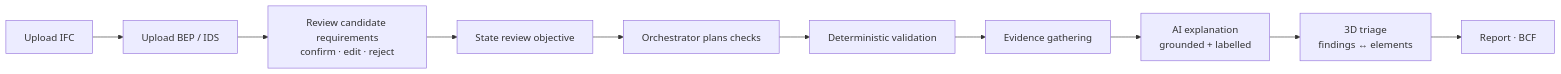
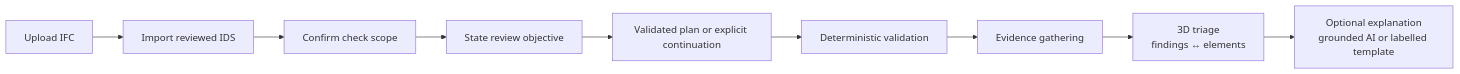
Before and after one commit to natnew/BIM-Intelligence: the first of 10 diagrams in docs/ARCHITECTURE.md, drawn with Mermaid. The commit also changed other lines of this file and 12 other files, not shown here.

````diff
--- a/docs/ARCHITECTURE.md
+++ b/docs/ARCHITECTURE.md
@@ -61,12 +66,11 @@
 ```mermaid
 flowchart LR
-    A["Upload IFC"] --> B["Upload BEP / IDS"]
-    B --> C["Review candidate requirements<br/>confirm · edit · reject"]
+    A["Upload IFC"] --> B["Import reviewed IDS"]
+    B --> C["Confirm check scope"]
     C --> D["State review objective"]
-    D --> E["Orchestrator plans checks"]
+    D --> E["Validated plan or explicit continuation"]
     E --> F["Deterministic validation"]
     F --> G["Evidence gathering"]
-    G --> H["AI explanation<br/>grounded + labelled"]
-    H --> I["3D triage<br/>findings ↔ elements"]
-    I --> J["Report · BCF"]
+    G --> I["3D triage<br/>findings ↔ elements"]
+    I --> H["Optional explanation<br/>grounded AI or labelled template"]
 ```
````
